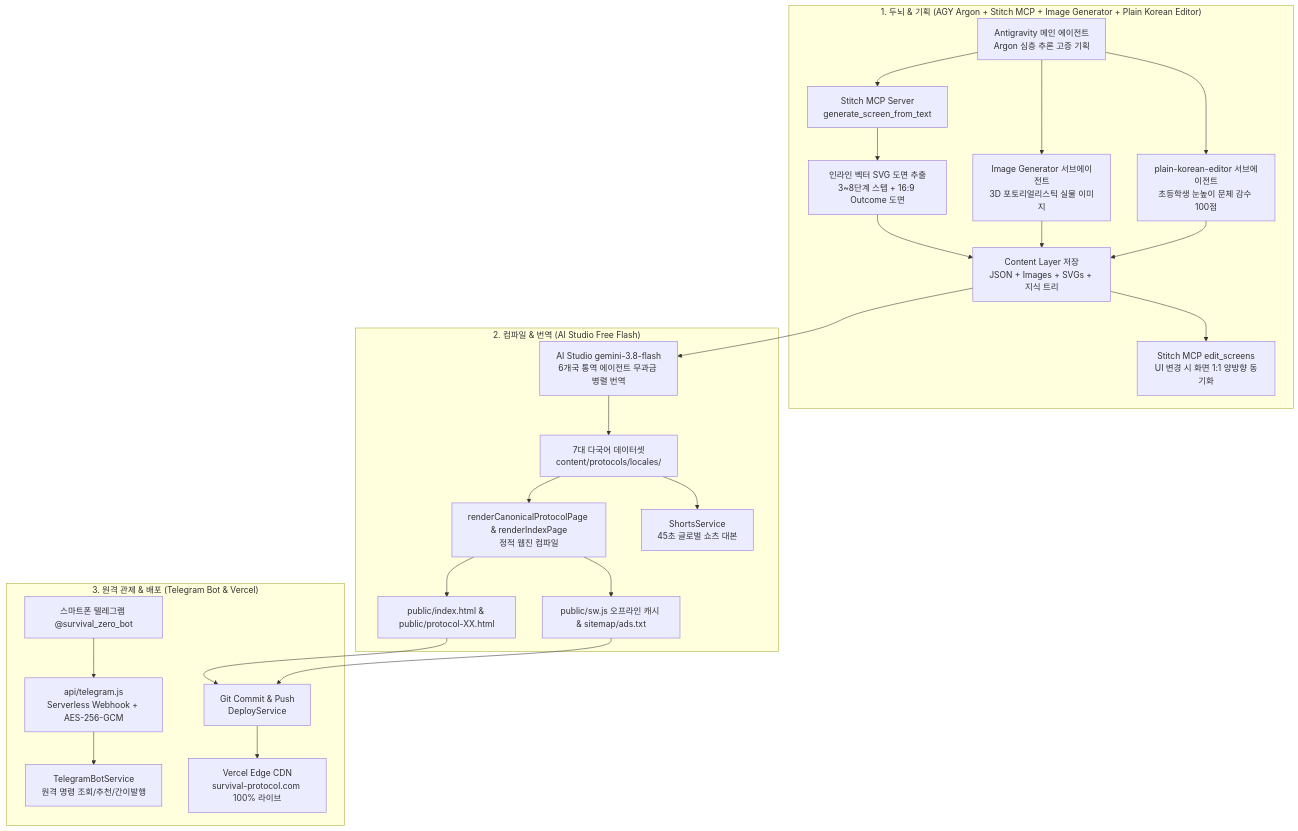
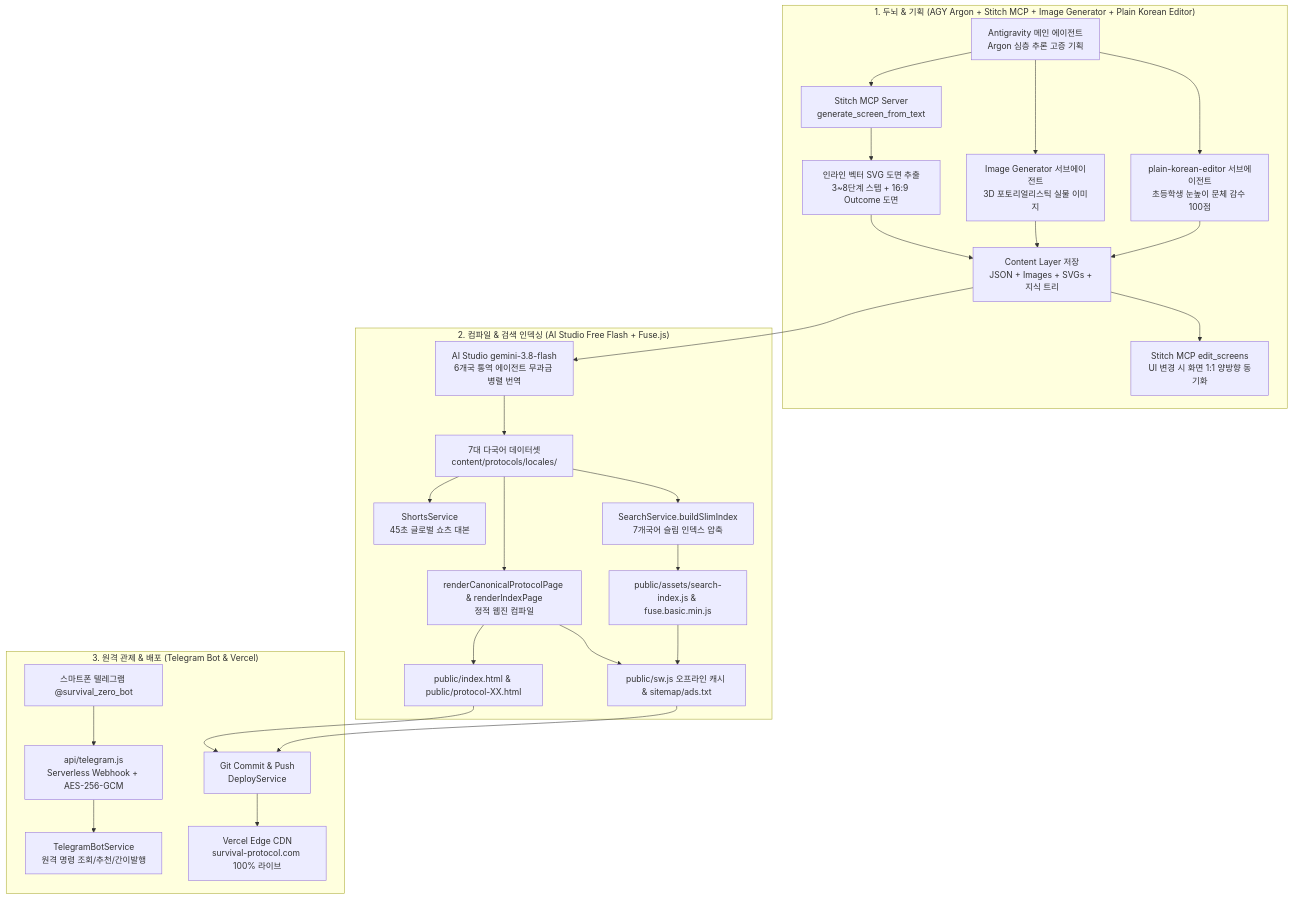
One commit to zozero94/survival-protocol changed the diagram in PROJECT_SPEC.md. Above: the diagram before and after it, drawn with Mermaid. The commit also changed other lines of this file and 59 other files, not shown here.

````diff
--- a/PROJECT_SPEC.md
+++ b/PROJECT_SPEC.md
@@ -27,27 +33,29 @@
 ```mermaid
 flowchart TD
     subgraph Tier1["1. 두뇌 & 기획 (AGY Argon + Stitch MCP + Image Generator + Plain Korean Editor)"]
         A[Antigravity 메인 에이전트<br/>Argon 심층 추론 고증 기획] --> B[Stitch MCP Server<br/>generate_screen_from_text]
         A --> IMG[Image Generator 서브에이전트<br/>3D 포토리얼리스틱 실물 이미지]
         A --> EDT[plain-korean-editor 서브에이전트<br/>초등학생 눈높이 문체 감수 100점]
         B --> C[인라인 벡터 SVG 도면 추출<br/>3~8단계 스텝 + 16:9 Outcome 도면]
         C & IMG & EDT --> D[Content Layer 저장<br/>JSON + Images + SVGs + 지식 트리]
         D --> E[Stitch MCP edit_screens<br/>UI 변경 시 화면 1:1 양방향 동기화]
     end
 
-    subgraph Tier2["2. 컴파일 & 번역 (AI Studio Free Flash)"]
+    subgraph Tier2["2. 컴파일 & 검색 인덱싱 (AI Studio Free Flash + Fuse.js)"]
         D --> F[AI Studio gemini-3.8-flash<br/>6개국 통역 에이전트 무과금 병렬 번역]
         F --> G[7대 다국어 데이터셋<br/>content/protocols/locales/]
         G --> H[renderCanonicalProtocolPage & renderIndexPage<br/>정적 웹진 컴파일]
         G --> I[ShortsService<br/>45초 글로벌 쇼츠 대본]
+        G --> SRCH[SearchService.buildSlimIndex<br/>7개국어 슬림 인덱스 압축]
+        SRCH --> SIDX[public/assets/search-index.js & fuse.basic.min.js]
         H --> J[public/index.html & public/protocol-XX.html]
-        H --> K[public/sw.js 오프라인 캐시 & sitemap/ads.txt]
+        H & SIDX --> K[public/sw.js 오프라인 캐시 & sitemap/ads.txt]
     end
 
     subgraph Tier3["3. 원격 관제 & 배포 (Telegram Bot & Vercel)"]
         L[스마트폰 텔레그램 @survival_zero_bot] --> M[api/telegram.js<br/>Serverless Webhook + AES-256-GCM]
         M --> N[TelegramBotService<br/>원격 명령 조회/추천/간이발행]
         J & K --> O[Git Commit & Push<br/>DeployService]
         O --> P[Vercel Edge CDN<br/>survival-protocol.com 100% 라이브]
     end
 ```
````
